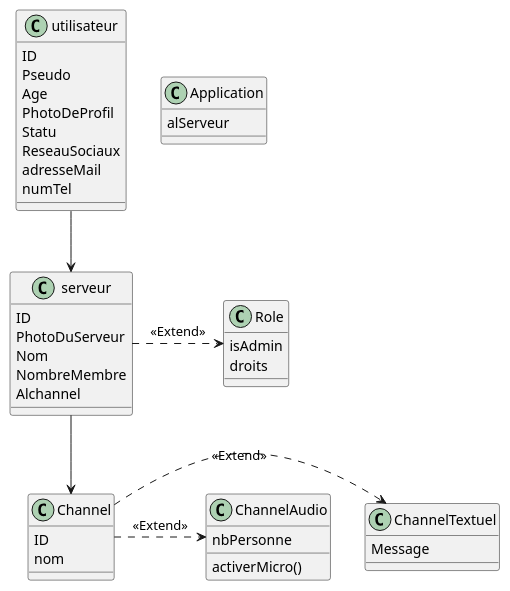
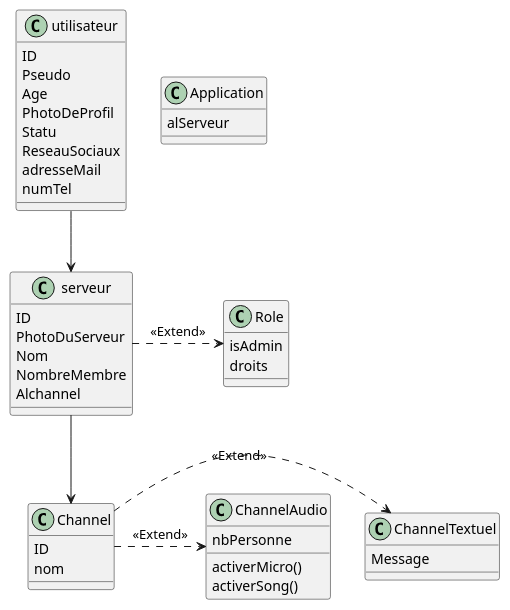
The diagram in discord.plantuml (IUT-Blagnac/bcoo-retro2021-bcoo-retro2021-g16), drawn with PlantUML before and after one commit.

```diff
--- a/discord.plantuml
+++ b/discord.plantuml
@@ -1,51 +1,52 @@
 @startuml
 
 class utilisateur {
   ID
   Pseudo 
   Age 
   PhotoDeProfil
   Statu
   ReseauSociaux
   adresseMail
   numTel
 }
 
 class serveur {
   ID
   PhotoDuServeur
   Nom
   NombreMembre
   Alchannel 
 }
 
 class Role {
   isAdmin
   droits
 }
 
 class Channel {
   ID
   nom
 }
 
 class ChannelAudio{
   nbPersonne
   activerMicro()
+  activerSong()
 }
 
 class ChannelTextuel{
   Message
 }
 
 class Application {
  alServeur
 }
 
 utilisateur --> serveur
 serveur .> Role : <<Extend>>
 serveur --> Channel
 Channel .> ChannelTextuel : <<Extend>>
 Channel .> ChannelAudio : <<Extend>>
 
 @enduml
```
